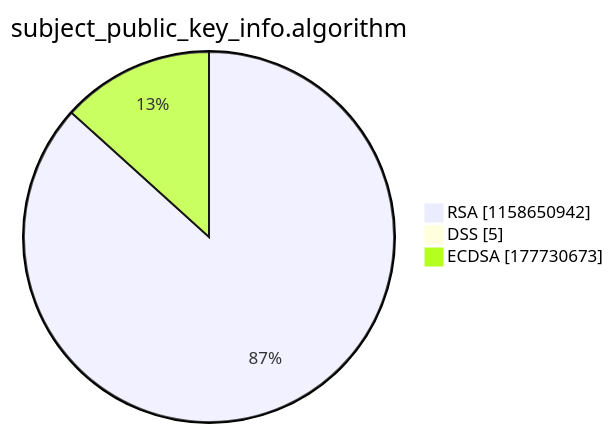
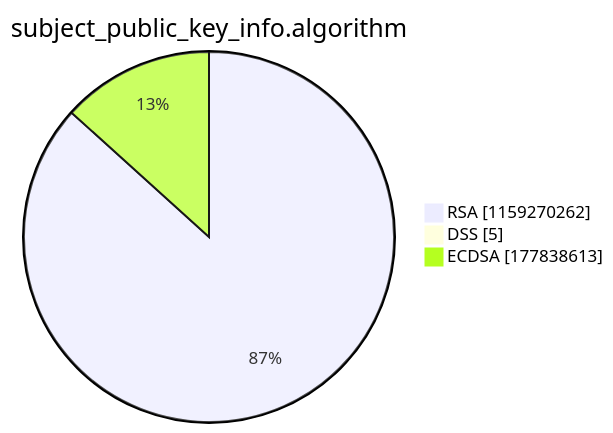
Before and after one commit to christiankrug/ctmonitor_visualization: the third of 15 diagrams in argon2022/README.md, drawn with Mermaid. The commit also changed other lines of this file, not shown here.

````diff
--- a/argon2022/README.md
+++ b/argon2022/README.md
@@ -14,7 +14,7 @@
 ```mermaid
 pie showData
 title subject_public_key_info.algorithm
-"RSA" :1158650942
+"RSA" :1159270262
 "DSS" :5
-"ECDSA" :177730673
+"ECDSA" :177838613
 ```
````
